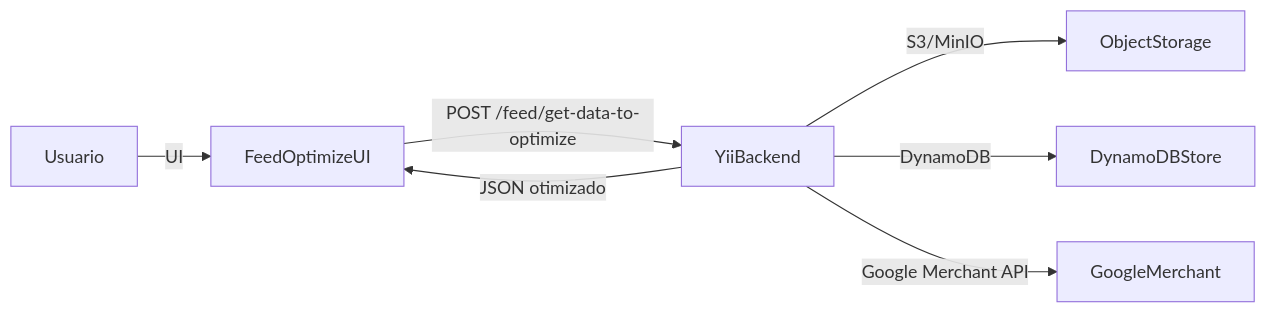
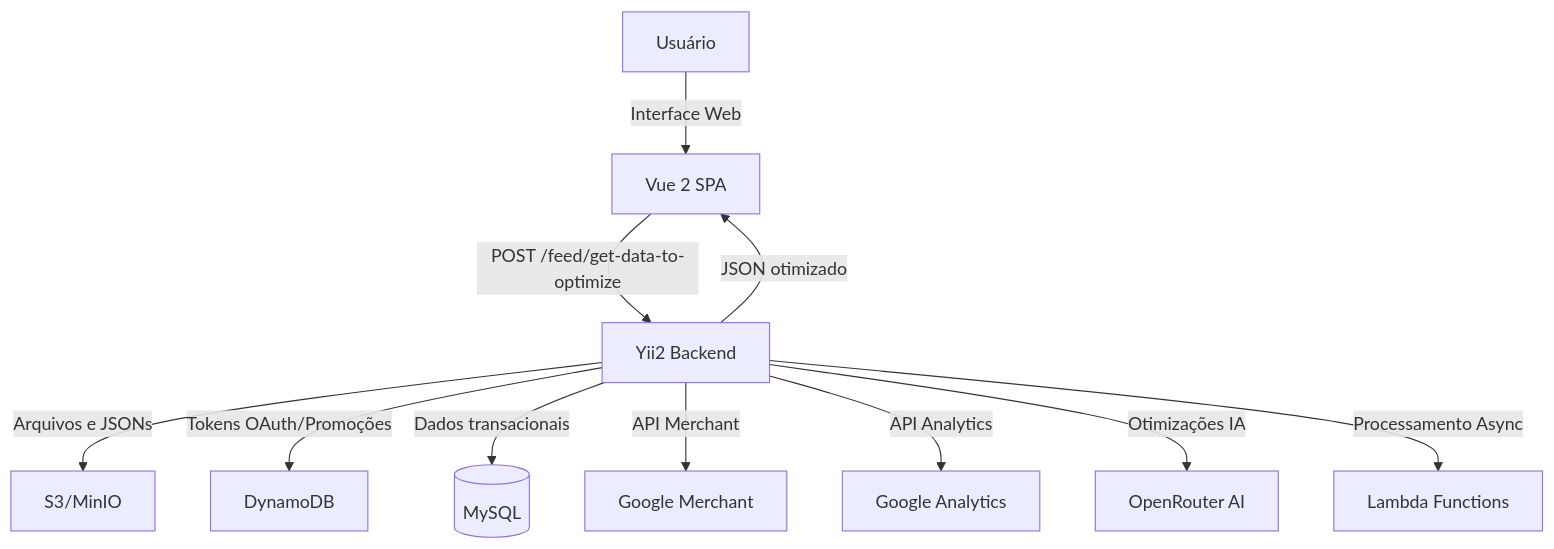
The diagram in docs/arquitetura/visao-geral.md (isccadastra/daxgo-feeds-docs-tech), drawn with Mermaid before and after one commit. The commit also changed other lines of this file and 31 other files, not shown here.

````diff
--- a/docs/arquitetura/visao-geral.md
+++ b/docs/arquitetura/visao-geral.md
@@ -22,9 +53,13 @@
 ```mermaid
-flowchart LR
-  User[Usuario] -->|UI| FeedOptimizeUI
-  FeedOptimizeUI -->|POST /feed/get-data-to-optimize| YiiBackend
+flowchart TB
+  User[Usuário] -->|Interface Web| FeedOptimizeUI[Vue 2 SPA]
+  FeedOptimizeUI -->|POST /feed/get-data-to-optimize| YiiBackend[Yii2 Backend]
   YiiBackend -->|JSON otimizado| FeedOptimizeUI
-  YiiBackend -->|S3/MinIO| ObjectStorage
-  YiiBackend -->|DynamoDB| DynamoDBStore
-  YiiBackend -->|Google Merchant API| GoogleMerchant
+  YiiBackend -->|Arquivos e JSONs| S3[S3/MinIO]
+  YiiBackend -->|Tokens OAuth/Promoções| DynamoDB[DynamoDB]
+  YiiBackend -->|Dados transacionais| MySQL[(MySQL)]
+  YiiBackend -->|API Merchant| GoogleMerchant[Google Merchant]
+  YiiBackend -->|API Analytics| GoogleAnalytics[Google Analytics]
+  YiiBackend -->|Otimizações IA| OpenRouter[OpenRouter AI]
+  YiiBackend -->|Processamento Async| Lambda[Lambda Functions]
 ```
````
